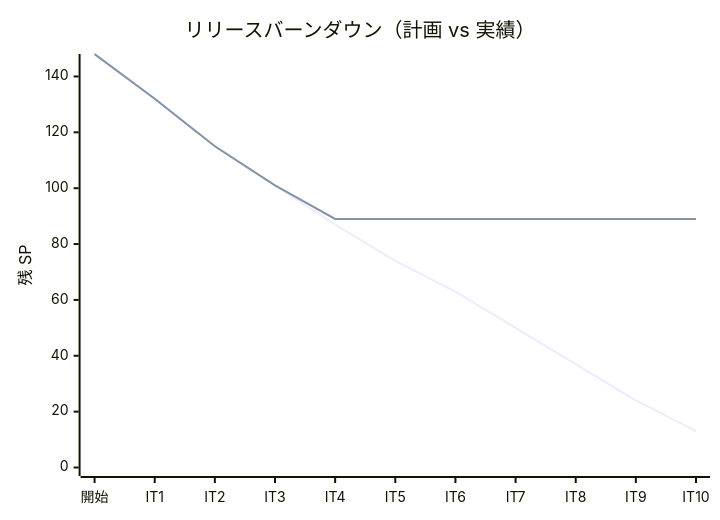
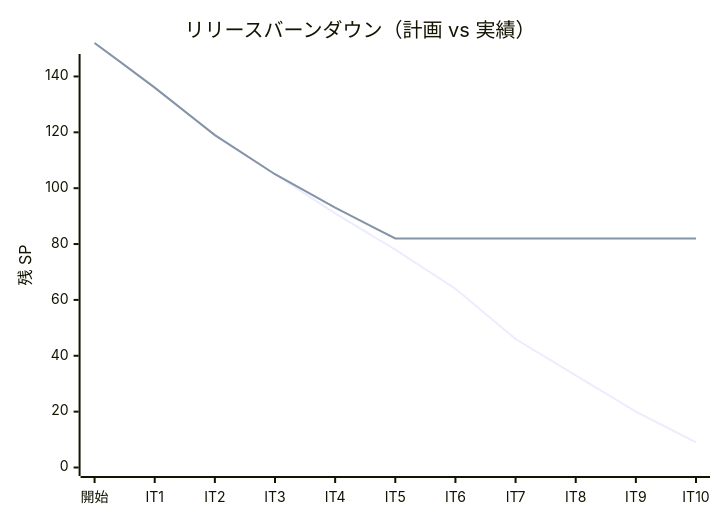
The third of 3 diagrams in docs/development/release_plan.md (k2works/case-study-cargo-tracker), drawn with Mermaid before and after one commit. The commit also changed other lines of this file and 1 other file, not shown here.

````diff
--- a/docs/development/release_plan.md
+++ b/docs/development/release_plan.md
@@ -512,8 +512,8 @@
 ```mermaid
 xychart-beta
     title "リリースバーンダウン（計画 vs 実績）"
     x-axis ["開始", "IT1", "IT2", "IT3", "IT4", "IT5", "IT6", "IT7", "IT8", "IT9", "IT10"]
     y-axis "残 SP" 0 --> 145
-    line "計画" [148, 132, 115, 101, 87, 74, 63, 50, 37, 24, 13]
-    line "実績" [148, 132, 115, 101, 89, 89, 89, 89, 89, 89, 89]
+    line "計画" [152, 136, 119, 105, 91, 78, 64, 46, 33, 20, 9]
+    line "実績" [152, 136, 119, 105, 93, 82, 82, 82, 82, 82, 82]
 ```
````
